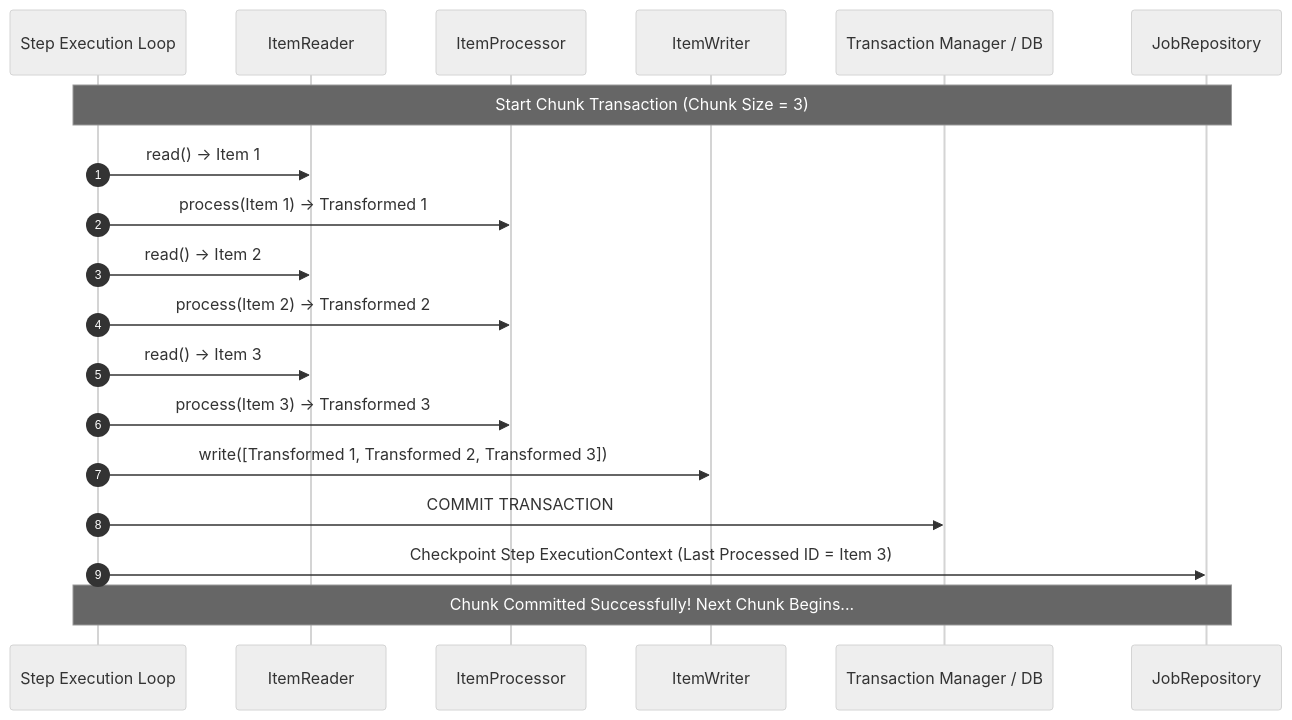
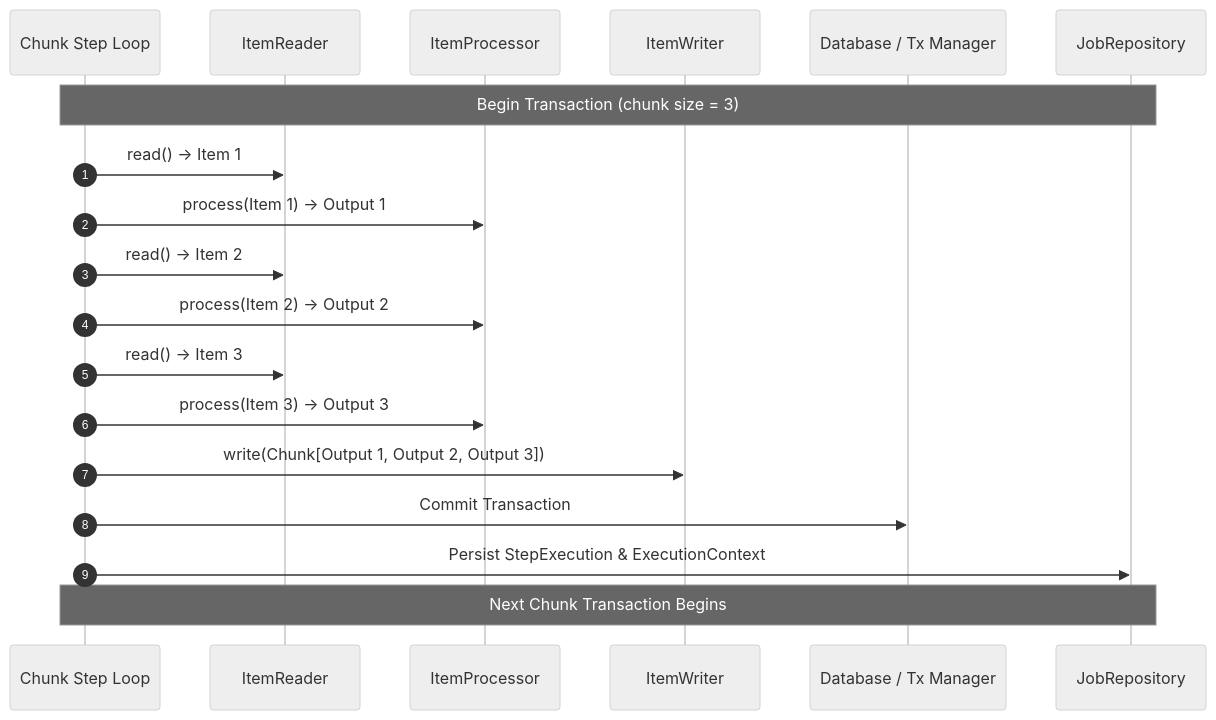
The second of 4 diagrams in content/roadmap/level-8/spring-batch-chunk-processing.md (ravishankar2463/java_hub), drawn with Mermaid (neutral theme) before and after one commit. The commit also changed other lines of this file and 119 other files, not shown here.

Commit message:
feat: add comprehensive java learning roadmap content across multiple levels

````diff
--- a/content/roadmap/level-8/spring-batch-chunk-processing.md
+++ b/content/roadmap/level-8/spring-batch-chunk-processing.md
@@ -66,23 +72,23 @@
 ```mermaid
 sequenceDiagram
     autonumber
-    participant Engine as Step Execution Loop
+    participant Step as Chunk Step Loop
     participant Reader as ItemReader
     participant Processor as ItemProcessor
     participant Writer as ItemWriter
-    participant DB as Transaction Manager / DB
+    participant DB as Database / Tx Manager
     participant Repo as JobRepository
 
-    Note over Engine,Repo: Start Chunk Transaction (Chunk Size = 3)
-    Engine->>Reader: read() -> Item 1
-    Engine->>Processor: process(Item 1) -> Transformed 1
-    Engine->>Reader: read() -> Item 2
-    Engine->>Processor: process(Item 2) -> Transformed 2
-    Engine->>Reader: read() -> Item 3
-    Engine->>Processor: process(Item 3) -> Transformed 3
-    
-    Engine->>Writer: write([Transformed 1, Transformed 2, Transformed 3])
-    Engine->>DB: COMMIT TRANSACTION
-    Engine->>Repo: Checkpoint Step ExecutionContext (Last Processed ID = Item 3)
-    Note over Engine,Repo: Chunk Committed Successfully! Next Chunk Begins...
+    Note over Step,Repo: Begin Transaction (chunk size = 3)
+    Step->>Reader: read() -> Item 1
+    Step->>Processor: process(Item 1) -> Output 1
+    Step->>Reader: read() -> Item 2
+    Step->>Processor: process(Item 2) -> Output 2
+    Step->>Reader: read() -> Item 3
+    Step->>Processor: process(Item 3) -> Output 3
+
+    Step->>Writer: write(Chunk[Output 1, Output 2, Output 3])
+    Step->>DB: Commit Transaction
+    Step->>Repo: Persist StepExecution & ExecutionContext
+    Note over Step,Repo: Next Chunk Transaction Begins
 ```
````
